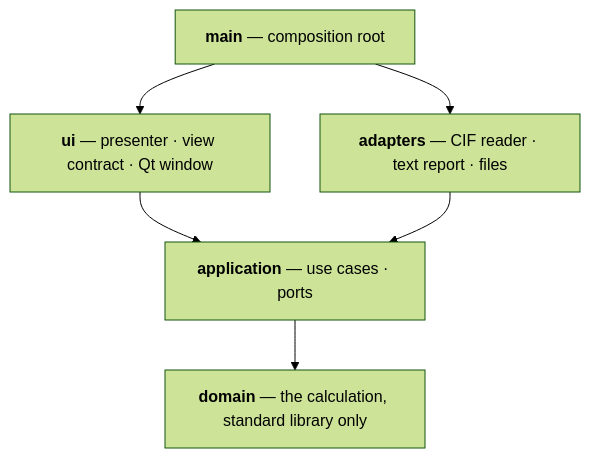
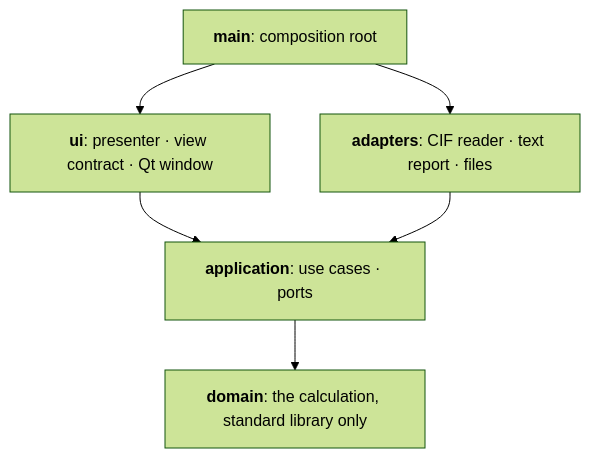
One commit to bolevin/rietcalc-demo changed the diagram in README.md. Above: the diagram before and after it, drawn with Mermaid (forest theme). The commit also changed other lines of this file, not shown here.

````diff
--- a/README.md
+++ b/README.md
@@ -101,10 +102,10 @@
 ```mermaid
 flowchart TB
-    main["<b>main</b> — composition root"]
-    ui["<b>ui</b> — presenter · view contract · Qt window"]
-    adapters["<b>adapters</b> — CIF reader · text report · files"]
-    application["<b>application</b> — use cases · ports"]
-    domain["<b>domain</b> — the calculation, standard library only"]
+    main["<b>main</b>: composition root"]
+    ui["<b>ui</b>: presenter · view contract · Qt window"]
+    adapters["<b>adapters</b>: CIF reader · text report · files"]
+    application["<b>application</b>: use cases · ports"]
+    domain["<b>domain</b>: the calculation, standard library only"]
     main --> ui & adapters
     ui & adapters --> application --> domain
 ```
````
